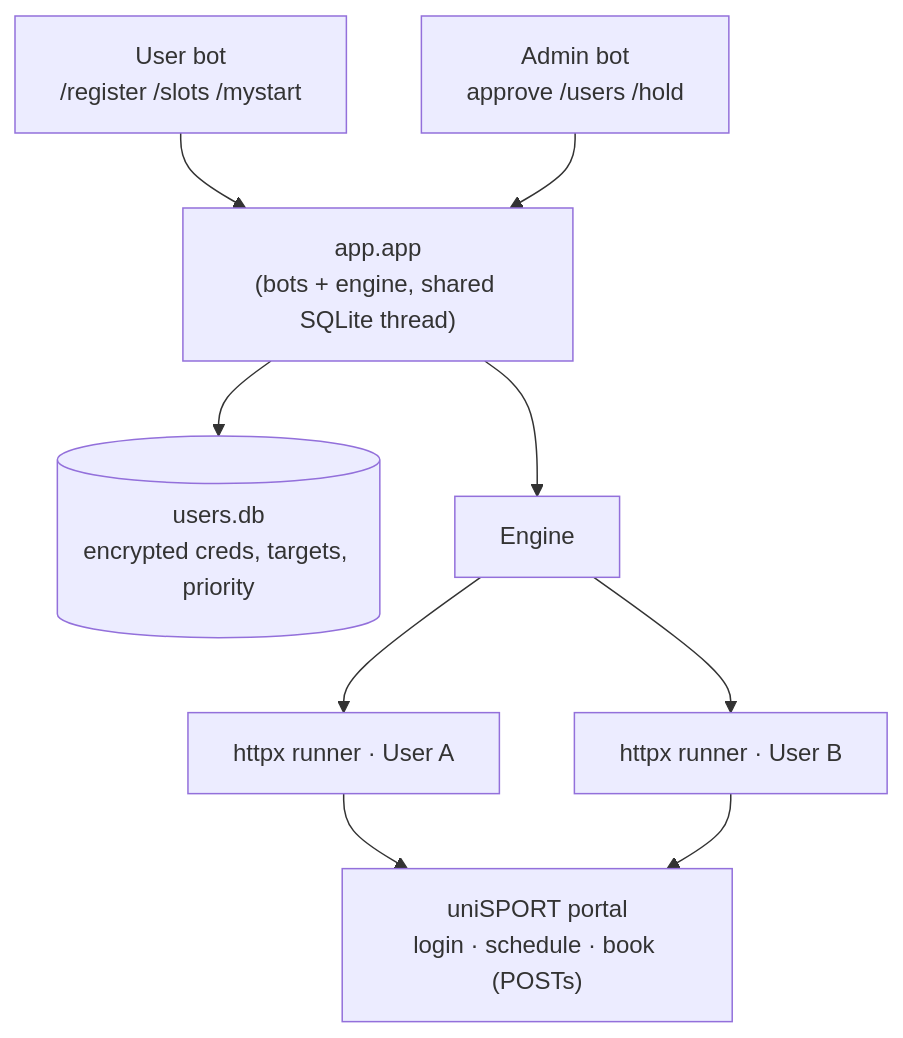
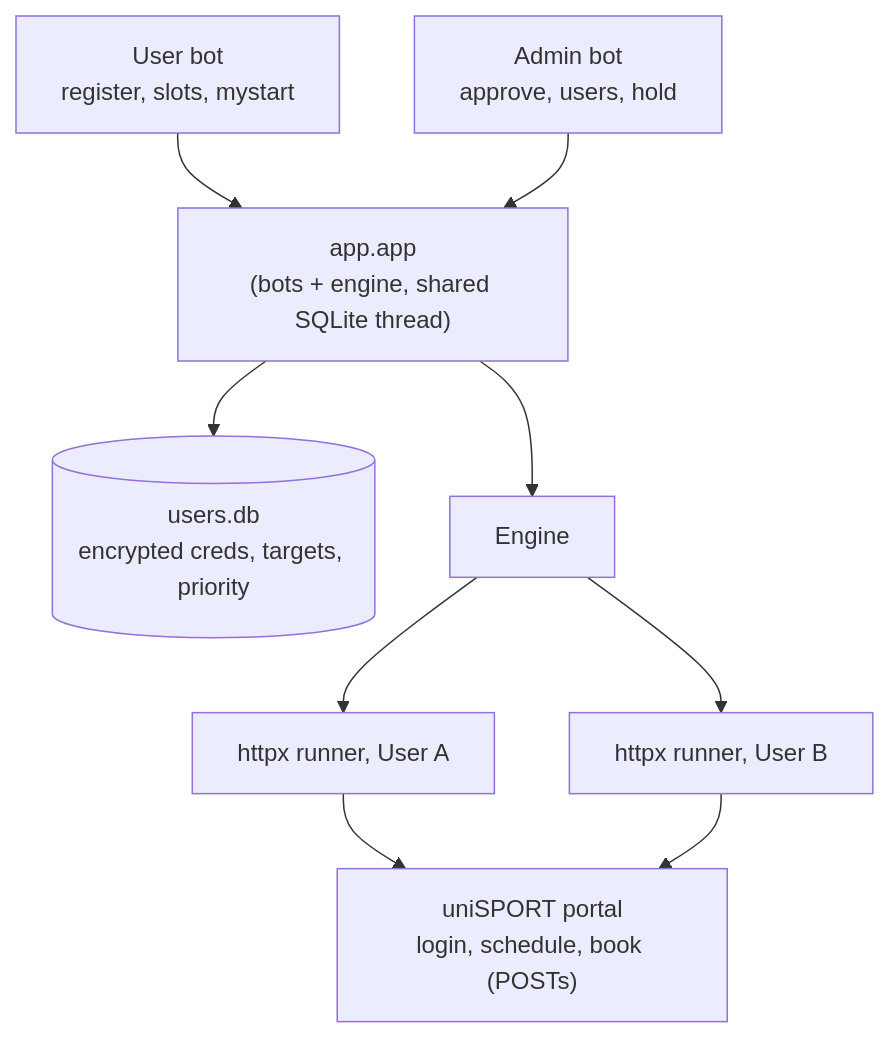
Before and after one commit to sanidhya31/uni-sports-bot: the diagram in README.md, drawn with Mermaid. The commit also changed other lines of this file and 3 other files, not shown here.

````diff
--- a/README.md
+++ b/README.md
@@ -30,11 +49,11 @@
 ```mermaid
 flowchart TB
-    UB["User bot<br/>/register /slots /mystart"] --> APP
-    AB["Admin bot<br/>approve /users /hold"] --> APP
+    UB["User bot<br/>register, slots, mystart"] --> APP
+    AB["Admin bot<br/>approve, users, hold"] --> APP
     APP["app.app<br/>(bots + engine, shared SQLite thread)"]
     APP --> DB[("users.db<br/>encrypted creds, targets, priority")]
     APP --> ENG["Engine"]
-    ENG --> R1["httpx runner · User A"] --> P
-    ENG --> R2["httpx runner · User B"] --> P
-    P["uniSPORT portal<br/>login · schedule · book (POSTs)"]
+    ENG --> R1["httpx runner, User A"] --> P
+    ENG --> R2["httpx runner, User B"] --> P
+    P["uniSPORT portal<br/>login, schedule, book (POSTs)"]
 ```
````
